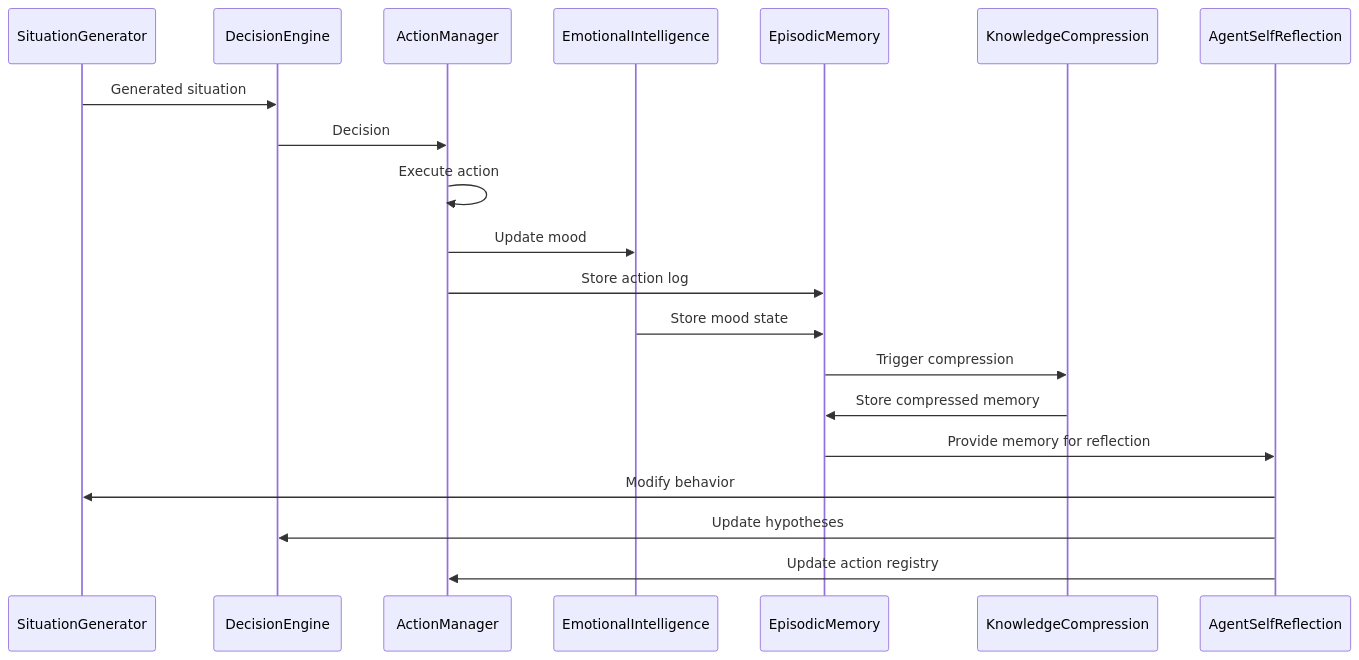
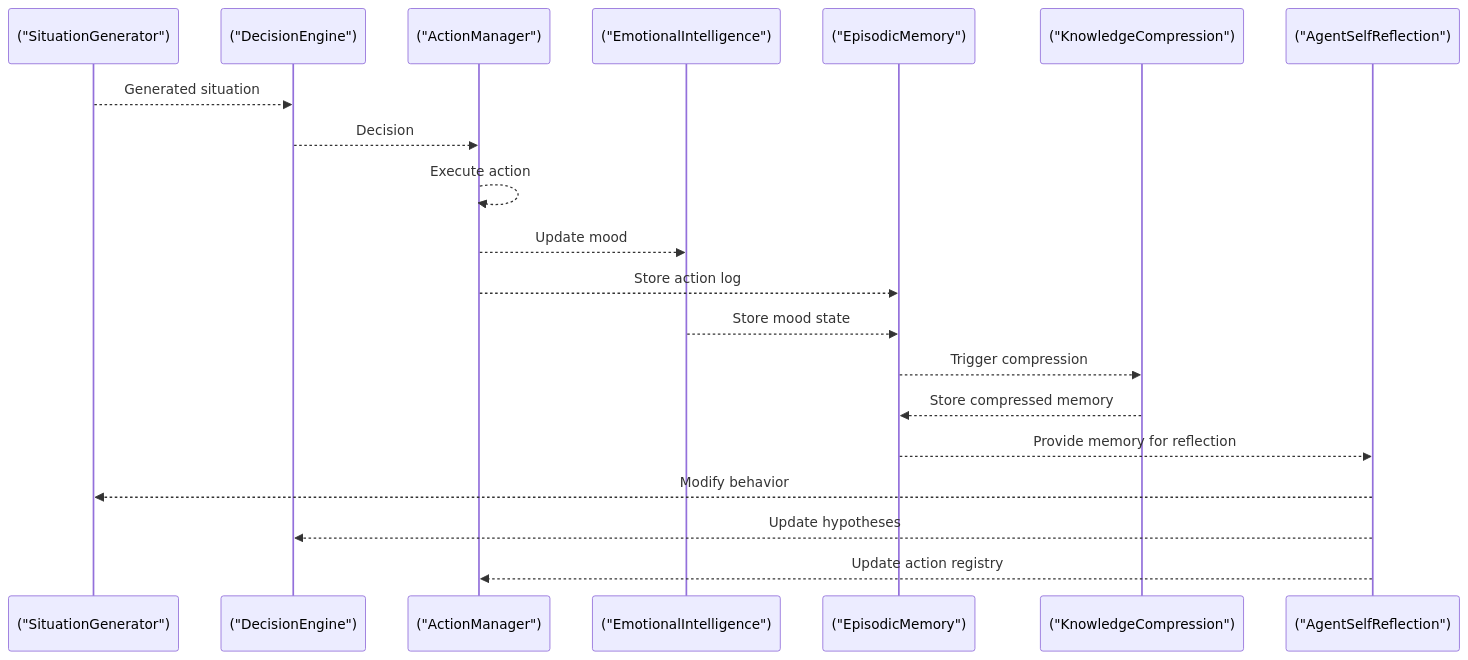
One commit to Likhithsai2580/RAVANA-WIKI changed the sixth of 10 diagrams in docs/Architecture & Design/Data Flow and Lifecycle.md. Above: the diagram before and after it, drawn with Mermaid. The commit also changed 32 other files, not shown here.

First line of the commit message:
feat(mermaid): enhance Mermaid diagram rendering and debugging support

````diff
--- a/docs/Architecture & Design/Data Flow and Lifecycle.md
+++ b/docs/Architecture & Design/Data Flow and Lifecycle.md
@@ -270,22 +270,22 @@
 ```mermaid
 sequenceDiagram
-participant SG as SituationGenerator
-participant DE as DecisionEngine
-participant AM as ActionManager
-participant EI as EmotionalIntelligence
-participant EM as EpisodicMemory
-participant KC as KnowledgeCompression
-participant SR as AgentSelfReflection
-SG->>DE : Generated situation
-DE->>AM : Decision
-AM->>AM : Execute action
-AM->>EI : Update mood
-AM->>EM : Store action log
-EI->>EM : Store mood state
-EM->>KC : Trigger compression
-KC->>EM : Store compressed memory
-EM->>SR : Provide memory for reflection
-SR->>SG : Modify behavior
-SR->>DE : Update hypotheses
-SR->>AM : Update action registry
+participant SG as ("SituationGenerator")
+participant DE as ("DecisionEngine")
+participant AM as ("ActionManager")
+participant EI as ("EmotionalIntelligence")
+participant EM as ("EpisodicMemory")
+participant KC as ("KnowledgeCompression")
+participant SR as ("AgentSelfReflection")
+SG-->>DE : Generated situation
+DE-->>AM : Decision
+AM-->>AM : Execute action
+AM-->>EI : Update mood
+AM-->>EM : Store action log
+EI-->>EM : Store mood state
+EM-->>KC : Trigger compression
+KC-->>EM : Store compressed memory
+EM-->>SR : Provide memory for reflection
+SR-->>SG : Modify behavior
+SR-->>DE : Update hypotheses
+SR-->>AM : Update action registry
 ```
````
